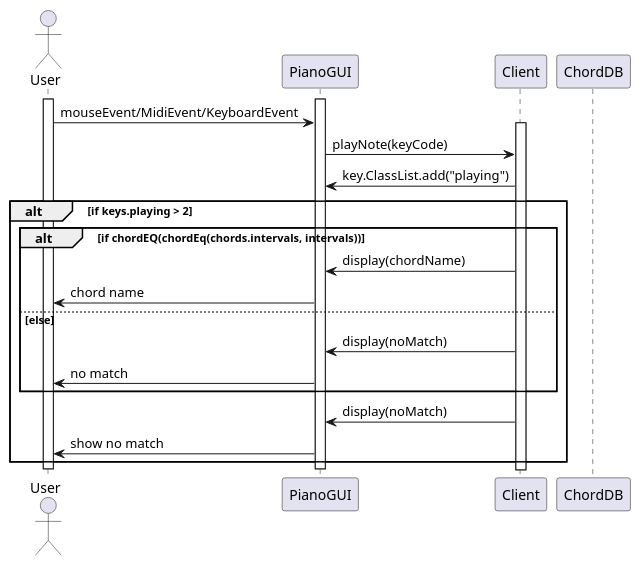
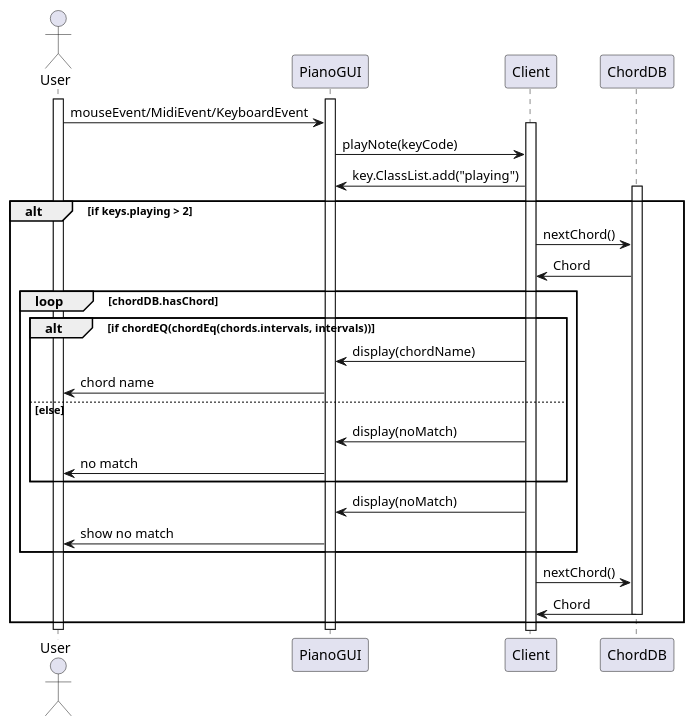
One commit to devinchristianson/daj changed the diagram in docs/uml/chordmatchSequenceDesign.pu. Above: the diagram before and after it, drawn with PlantUML. The commit also changed 1 other file, not shown here.

Commit message:
fix some existing sequence diagrams

```diff
--- a/docs/uml/chordmatchSequenceDesign.pu
+++ b/docs/uml/chordmatchSequenceDesign.pu
@@ -1,25 +1,34 @@
 @startuml
 actor User
 participant PianoGUI
 participant Client
 participant ChordDB
 activate User
 activate PianoGUI
 User -> PianoGUI: mouseEvent/MidiEvent/KeyboardEvent
 activate Client
 PianoGUI -> Client: playNote(keyCode)
 Client -> PianoGUI: key.ClassList.add("playing")
 alt if keys.playing > 2
+
+activate ChordDB
+Client -> ChordDB : nextChord()
+ChordDB -> Client : Chord
+loop chordDB.hasChord
 alt if chordEQ(chordEq(chords.intervals, intervals))
 Client -> PianoGUI: display(chordName)
 PianoGUI -> User: chord name
 else else
 Client -> PianoGUI: display(noMatch)
 PianoGUI -> User: no match
 end
 Client -> PianoGUI: display(noMatch)
 PianoGUI -> User: show no match
 end
+Client -> ChordDB : nextChord()
+ChordDB -> Client : Chord
+deactivate ChordDB
+end
 deactivate PianoGUI
 deactivate User
 @enduml
```
